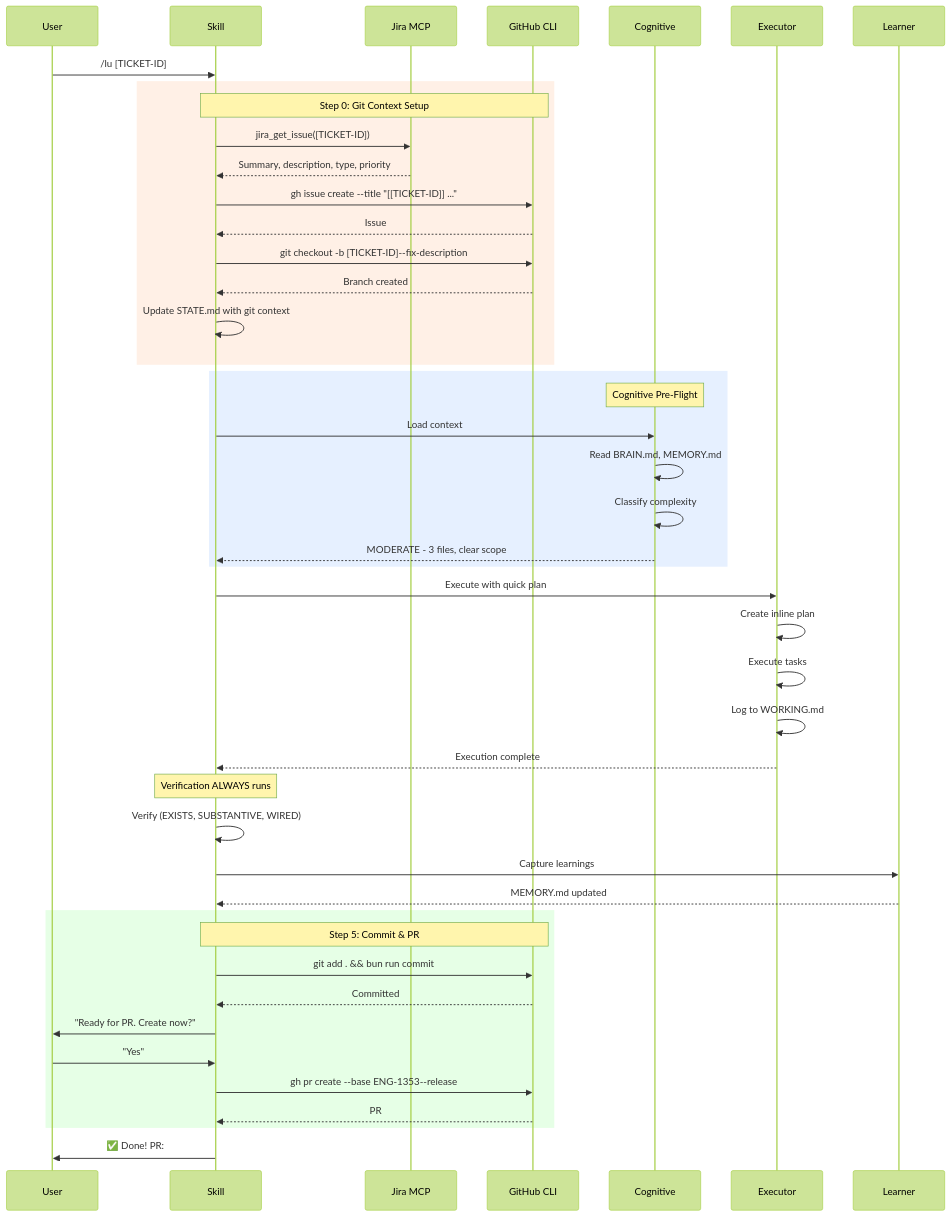
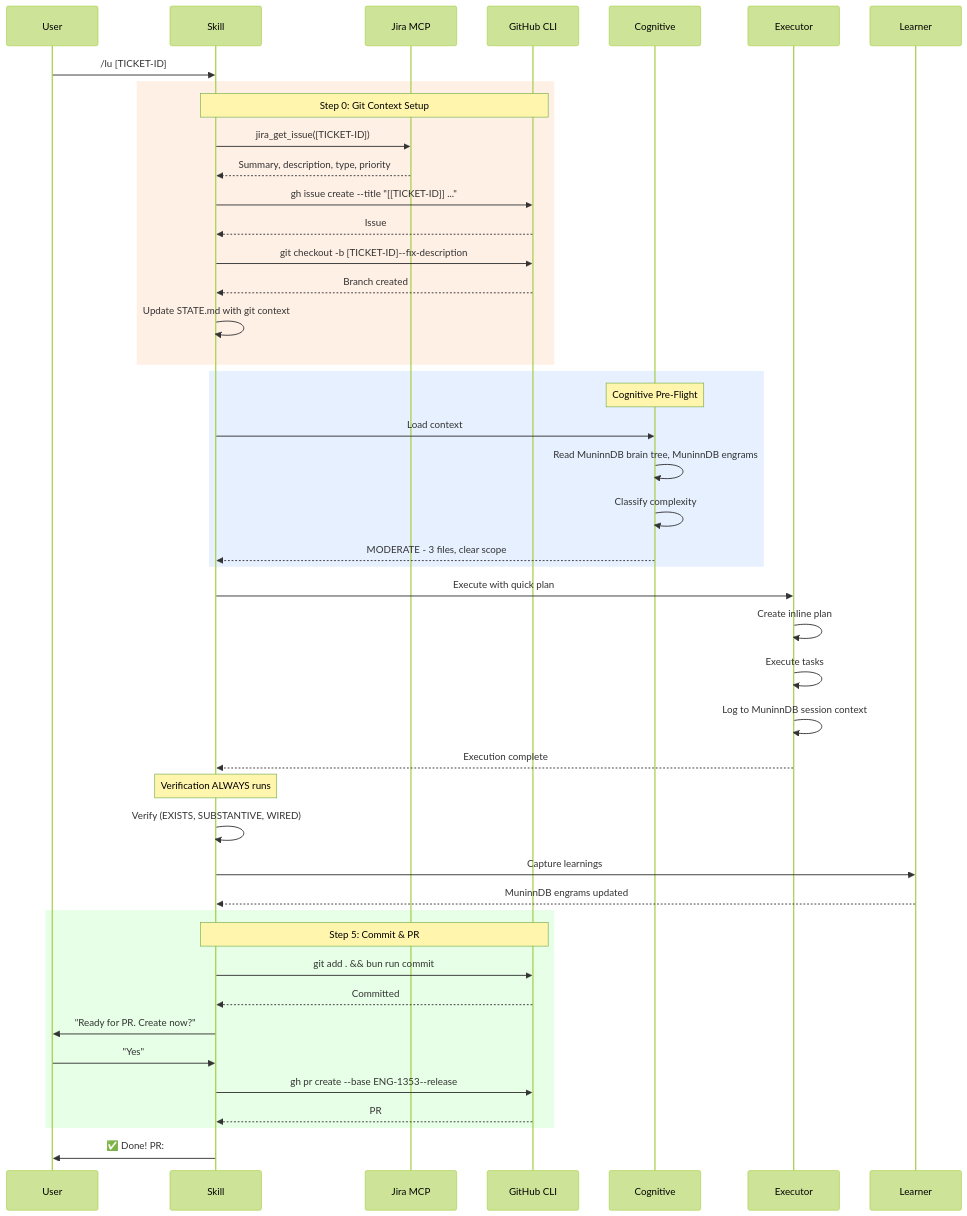
One commit to asibilia/luca-framework changed the second of 12 diagrams in docs/agent-framework/luca/end-to-end-workflow.md. Above: the diagram before and after it, drawn with Mermaid (forest theme). The commit also changed other lines of this file and 820 other files, not shown here.

````diff
--- a/docs/agent-framework/luca/end-to-end-workflow.md
+++ b/docs/agent-framework/luca/end-to-end-workflow.md
@@ -70,55 +70,55 @@
 ```mermaid
 sequenceDiagram
     participant U as User
     participant S as Skill
     participant J as Jira MCP
     participant G as GitHub CLI
     participant C as Cognitive
     participant E as Executor
     participant L as Learner
 
     U->>S: /lu [TICKET-ID]
 
     rect rgb(255, 240, 230)
         Note over S,G: Step 0: Git Context Setup
         S->>J: jira_get_issue([TICKET-ID])
         J-->>S: Summary, description, type, priority
         S->>G: gh issue create --title "[[TICKET-ID]] ..."
         G-->>S: Issue #456 created
         S->>G: git checkout -b [TICKET-ID]--fix-description
         G-->>S: Branch created
         S->>S: Update STATE.md with git context
     end
 
     rect rgb(230, 240, 255)
         Note over C: Cognitive Pre-Flight
         S->>C: Load context
-        C->>C: Read BRAIN.md, MEMORY.md
+        C->>C: Read MuninnDB brain tree, MuninnDB engrams
         C->>C: Classify complexity
         C-->>S: MODERATE - 3 files, clear scope
     end
 
     S->>E: Execute with quick plan
     E->>E: Create inline plan
     E->>E: Execute tasks
-    E->>E: Log to WORKING.md
+    E->>E: Log to MuninnDB session context
     E-->>S: Execution complete
 
     Note over S: Verification ALWAYS runs
     S->>S: Verify (EXISTS, SUBSTANTIVE, WIRED)
 
     S->>L: Capture learnings
-    L-->>S: MEMORY.md updated
+    L-->>S: MuninnDB engrams updated
 
     rect rgb(230, 255, 230)
         Note over S,G: Step 5: Commit & PR
         S->>G: git add . && bun run commit
         G-->>S: Committed
         S->>U: "Ready for PR. Create now?"
         U->>S: "Yes"
         S->>G: gh pr create --base ENG-1353--release
         G-->>S: PR #789 created
     end
 
     S->>U: ✅ Done! PR: #789
 ```
````
